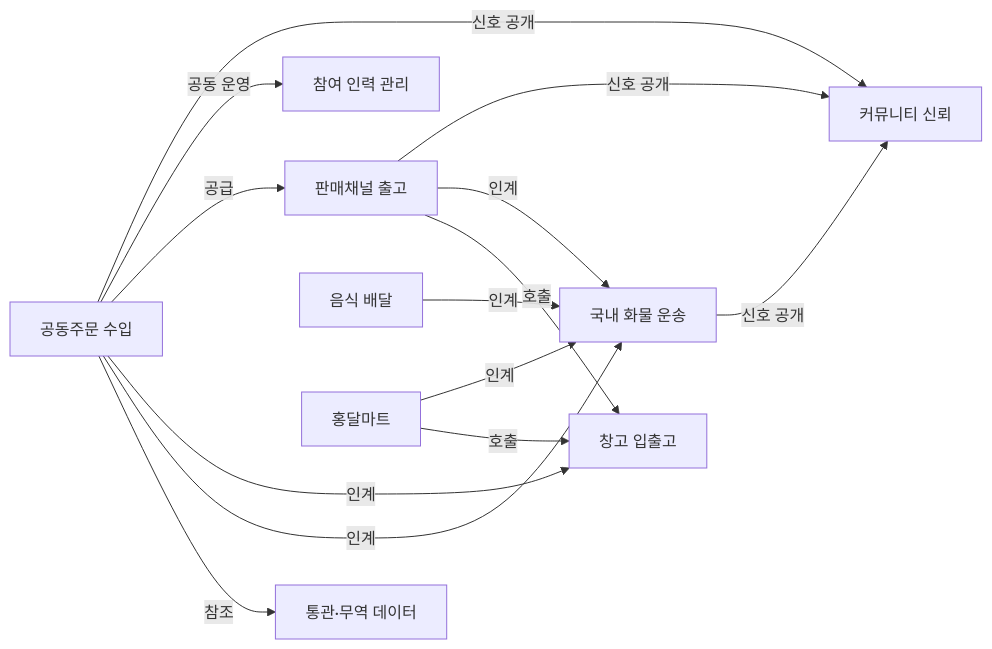
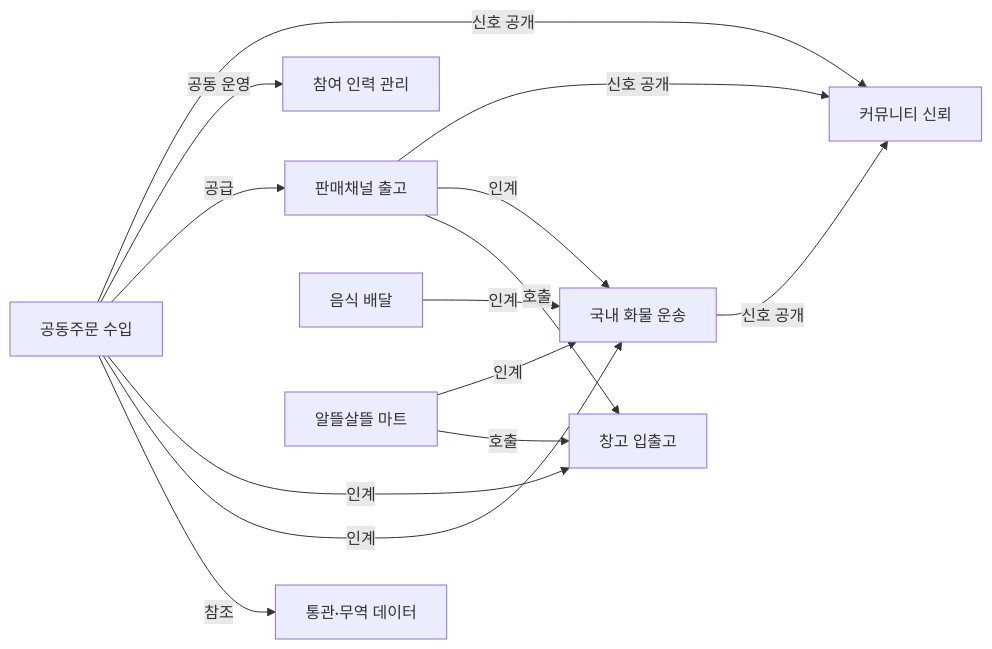
The diagram in docs/ProjectOverview/workflow-api-policy.md (cheolwo/hongdal), drawn with Mermaid before and after one commit. The commit also changed other lines of this file and 39 other files, not shown here.

````diff
--- a/docs/ProjectOverview/workflow-api-policy.md
+++ b/docs/ProjectOverview/workflow-api-policy.md
@@ -267,26 +291,26 @@
 ```mermaid
 flowchart LR
     Customs["통관·무역 데이터"]
     GroupImport["공동주문 수입"]
     Domestic["국내 화물 운송"]
     Warehouse["창고 입출고"]
     Sales["판매채널 출고"]
     Hr["참여 인력 관리"]
     Food["음식 배달"]
-    Mart["홍달마트"]
+    Mart["알뜰살뜰 마트"]
     Community["커뮤니티 신뢰"]
 
     GroupImport -->|참조| Customs
     GroupImport -->|인계| Domestic
     GroupImport -->|인계| Warehouse
     GroupImport -->|공급| Sales
     GroupImport -->|공동 운영| Hr
     Sales -->|호출| Warehouse
     Sales -->|인계| Domestic
     Mart -->|호출| Warehouse
     Mart -->|인계| Domestic
     Food -->|인계| Domestic
     Domestic -->|신호 공개| Community
     GroupImport -->|신호 공개| Community
     Sales -->|신호 공개| Community
 ```
````
